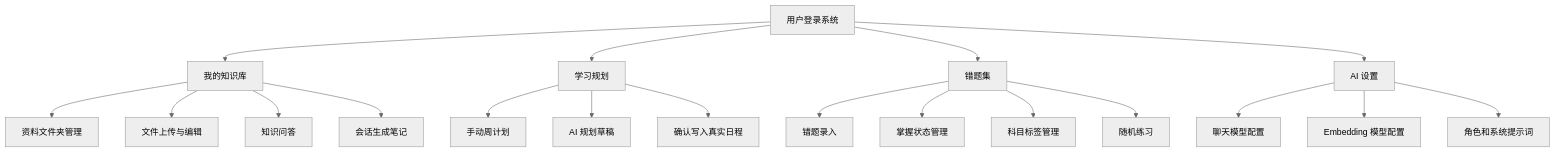
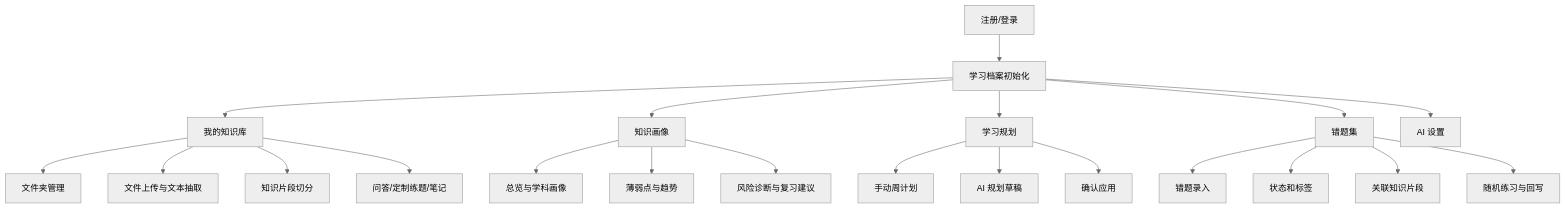
One commit to LinHonk1128/ips_java changed the diagram in docs/03-software-requirements-specification.md. Above: the diagram before and after it, drawn with Mermaid (neutral theme). The commit also changed other lines of this file and 48 other files, not shown here.

````diff
--- a/docs/03-software-requirements-specification.md
+++ b/docs/03-software-requirements-specification.md
@@ -23,25 +23,27 @@
 ```mermaid
 flowchart TD
-    A["用户登录系统"] --> B["我的知识库"]
-    A --> C["学习规划"]
-    A --> D["错题集"]
-    A --> E["AI 设置"]
+    A["注册/登录"] --> B["学习档案初始化"]
+    B --> C["我的知识库"]
+    B --> D["知识画像"]
+    B --> E["学习规划"]
+    B --> F["错题集"]
+    B --> G["AI 设置"]
 
-    B --> B1["资料文件夹管理"]
-    B --> B2["文件上传与编辑"]
-    B --> B3["知识问答"]
-    B --> B4["会话生成笔记"]
+    C --> C1["文件夹管理"]
+    C --> C2["文件上传与文本抽取"]
+    C --> C3["知识片段切分"]
+    C --> C4["问答/定制练题/笔记"]
 
-    C --> C1["手动周计划"]
-    C --> C2["AI 规划草稿"]
-    C --> C3["确认写入真实日程"]
+    D --> D1["总览与学科画像"]
+    D --> D2["薄弱点与趋势"]
+    D --> D3["风险诊断与复习建议"]
 
-    D --> D1["错题录入"]
-    D --> D2["掌握状态管理"]
-    D --> D3["科目标签管理"]
-    D --> D4["随机练习"]
+    E --> E1["手动周计划"]
+    E --> E2["AI 规划草稿"]
+    E --> E3["确认应用"]
 
-    E --> E1["聊天模型配置"]
-    E --> E2["Embedding 模型配置"]
-    E --> E3["角色和系统提示词"]
+    F --> F1["错题录入"]
+    F --> F2["状态和标签"]
+    F --> F3["关联知识片段"]
+    F --> F4["随机练习与回写"]
 ```
````
